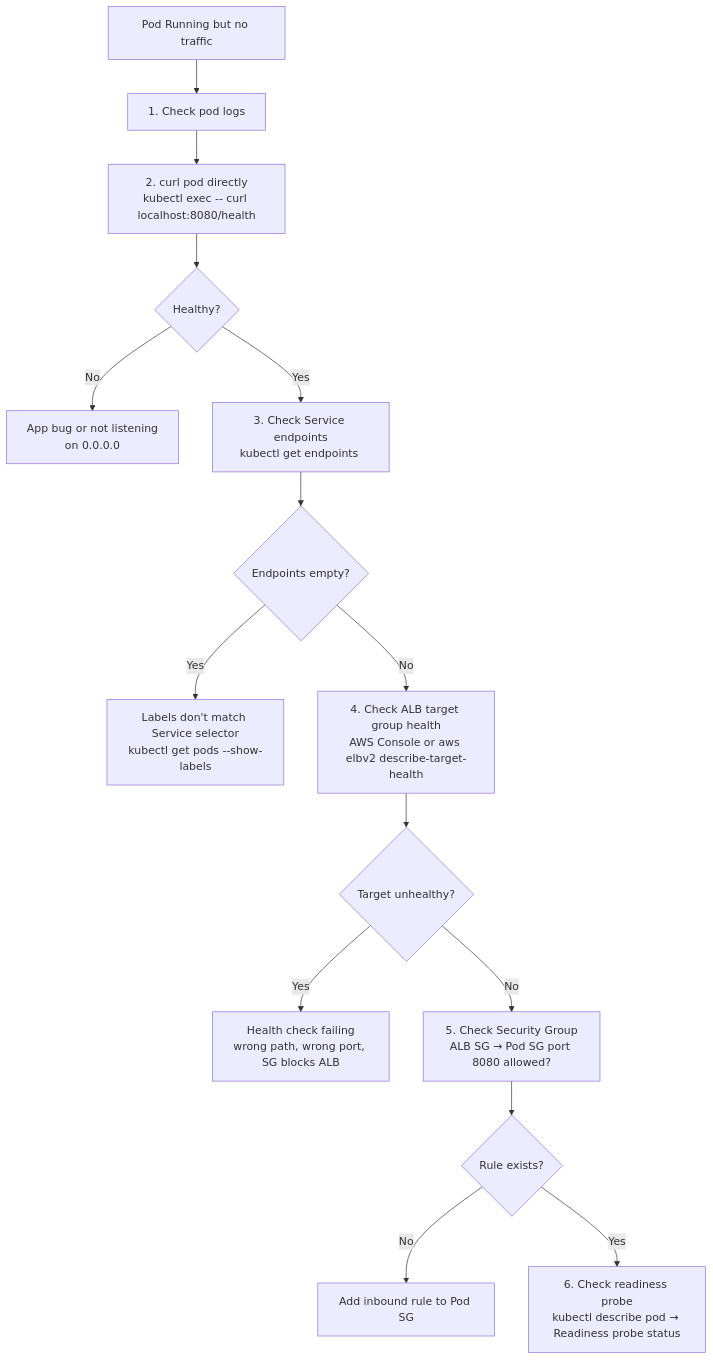
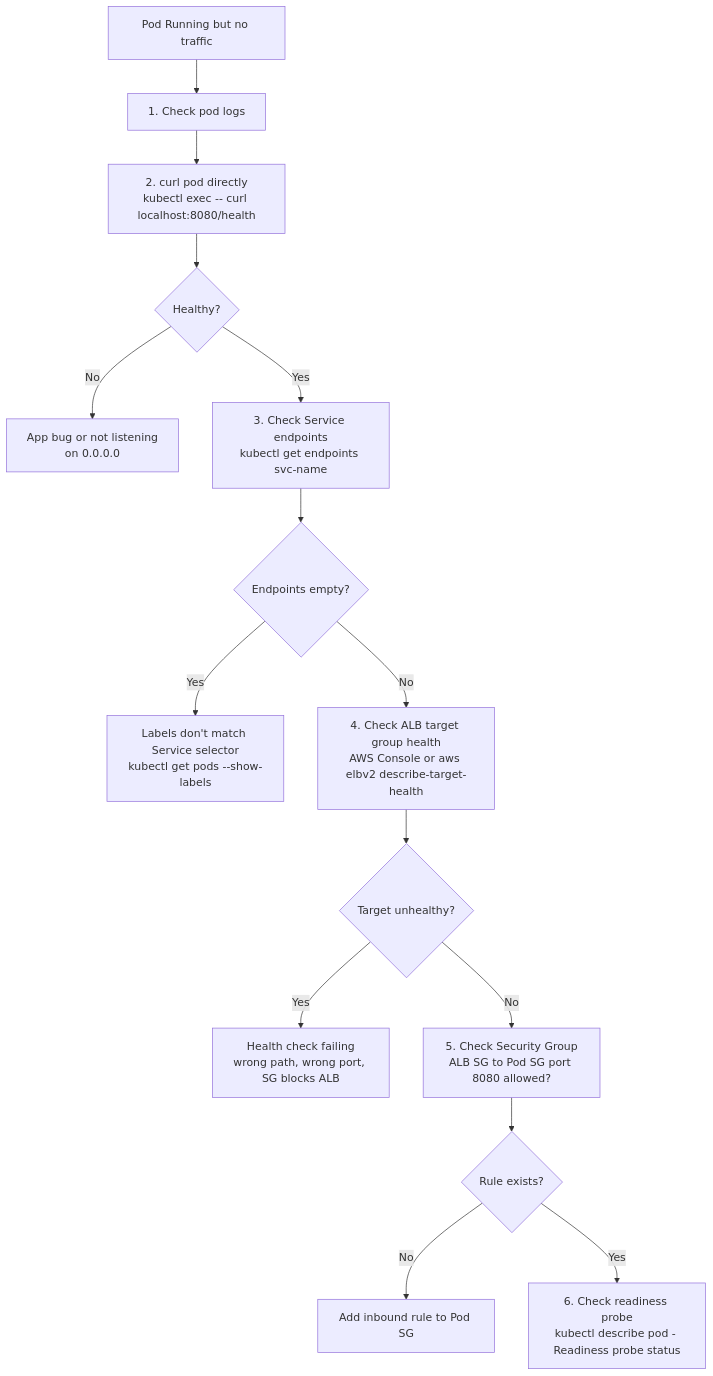
Before and after one commit to deepanshu-rawat6/tour-of-go: the fifth of 5 diagrams in devops/aws/request-flow-alb-to-pod.md, drawn with Mermaid. The commit also changed other lines of this file and 25 other files, not shown here.

````diff
--- a/devops/aws/request-flow-alb-to-pod.md
+++ b/devops/aws/request-flow-alb-to-pod.md
@@ -156,17 +156,17 @@
 ```mermaid
 flowchart TD
     NTRAFFIC["Pod Running but no traffic"] --> STEP1
     STEP1["1. Check pod logs"] --> STEP2
     STEP2["2. curl pod directly<br>kubectl exec -- curl localhost:8080/health"] --> HEALTHY{Healthy?}
     HEALTHY -->|No| APPBUG["App bug or not listening<br>on 0.0.0.0"]
-    HEALTHY -->|Yes| STEP3["3. Check Service endpoints<br>kubectl get endpoints <svc>"]
+    HEALTHY -->|Yes| STEP3["3. Check Service endpoints<br>kubectl get endpoints svc-name"]
     STEP3 --> NOEP{Endpoints empty?}
     NOEP -->|Yes| LABEL["Labels don't match Service selector<br>kubectl get pods --show-labels"]
     NOEP -->|No| STEP4["4. Check ALB target group health<br>AWS Console or aws elbv2 describe-target-health"]
     STEP4 --> UNHEALTHY{Target unhealthy?}
     UNHEALTHY -->|Yes| HC["Health check failing<br>wrong path, wrong port, SG blocks ALB"]
-    UNHEALTHY -->|No| STEP5["5. Check Security Group<br>ALB SG → Pod SG port 8080 allowed?"]
+    UNHEALTHY -->|No| STEP5["5. Check Security Group<br>ALB SG to Pod SG port 8080 allowed?"]
     STEP5 --> SGRULE{Rule exists?}
     SGRULE -->|No| ADDRULE["Add inbound rule to Pod SG"]
-    SGRULE -->|Yes| STEP6["6. Check readiness probe<br>kubectl describe pod → Readiness probe status"]
+    SGRULE -->|Yes| STEP6["6. Check readiness probe<br>kubectl describe pod - Readiness probe status"]
 ```
````
